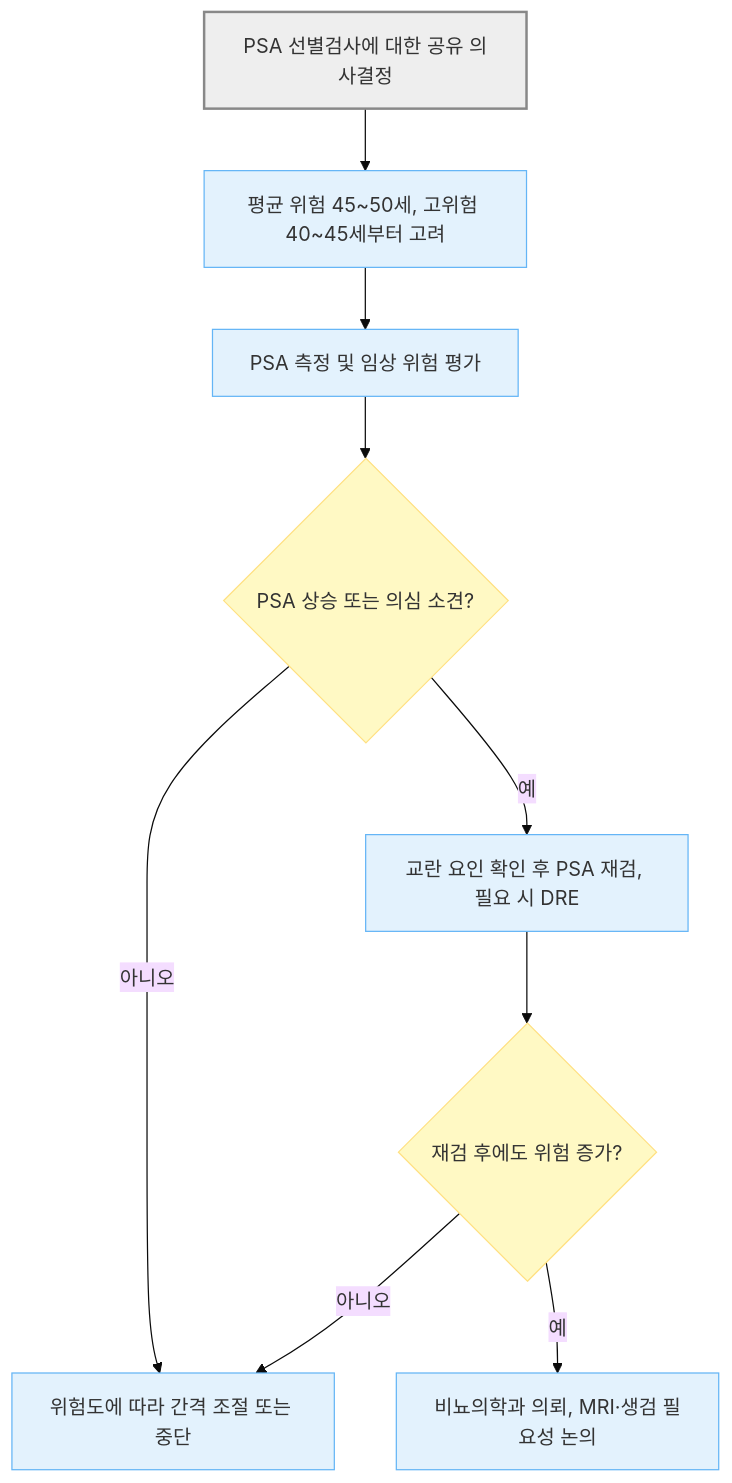
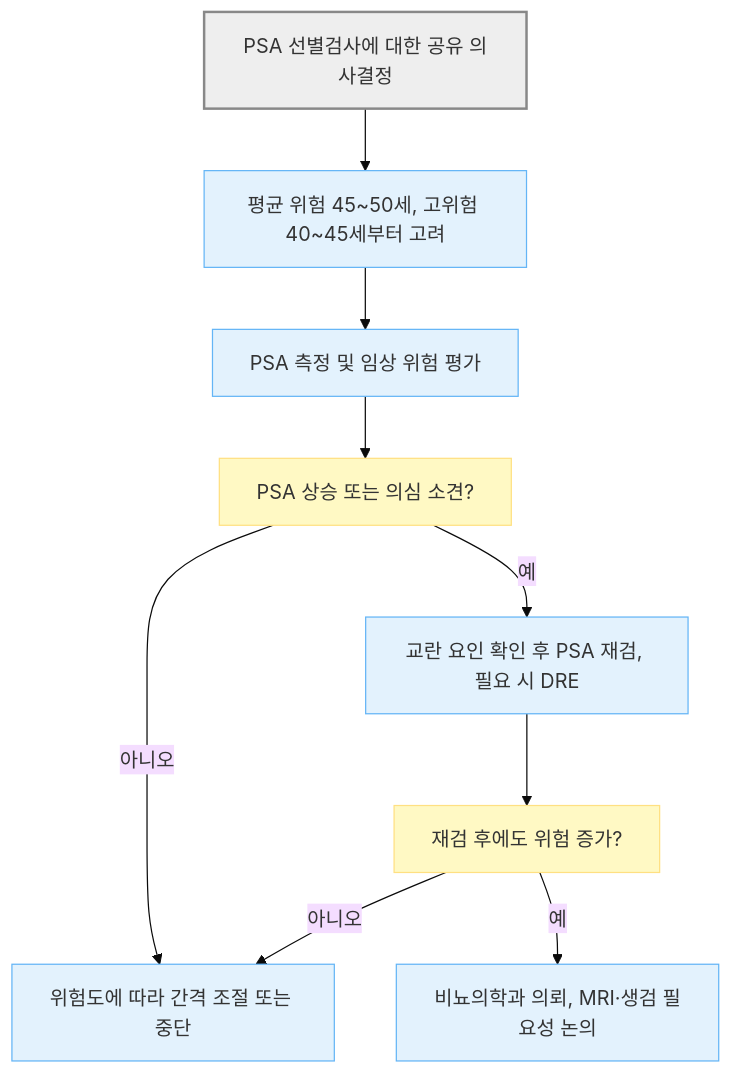
The first of 2 diagrams in 227_/124_-bph.md (familyoh77/familyoh77), drawn with Mermaid (base theme) before and after one commit. The commit also changed other lines of this file, not shown here.

````diff
--- a/227_/124_-bph.md
+++ b/227_/124_-bph.md
@@ -143,17 +144,17 @@
 ```mermaid
 flowchart TD
     A["PSA 선별검사에 대한 공유 의사결정"] --> B["평균 위험 45~50세, 고위험 40~45세부터 고려"]
     B --> C["PSA 측정 및 임상 위험 평가"]
-    C --> D{"PSA 상승 또는 의심 소견?"}
+    C --> D["PSA 상승 또는 의심 소견?"]
     D -- "아니오" --> E["위험도에 따라 간격 조절 또는 중단"]
     D -- "예" --> F["교란 요인 확인 후 PSA 재검, 필요 시 DRE"]
-    F --> G{"재검 후에도 위험 증가?"}
+    F --> G["재검 후에도 위험 증가?"]
     G -- "예" --> H["비뇨의학과 의뢰, MRI·생검 필요성 논의"]
     G -- "아니오" --> E
     classDef start fill:#eeeeee,stroke:#888888,stroke-width:2px
     classDef question fill:#fff9c4,stroke:#ffe082
     classDef care fill:#e3f2fd,stroke:#64b5f6
     class A start
     class D,G question
     class B,C,E,F,H care
 ```
````
